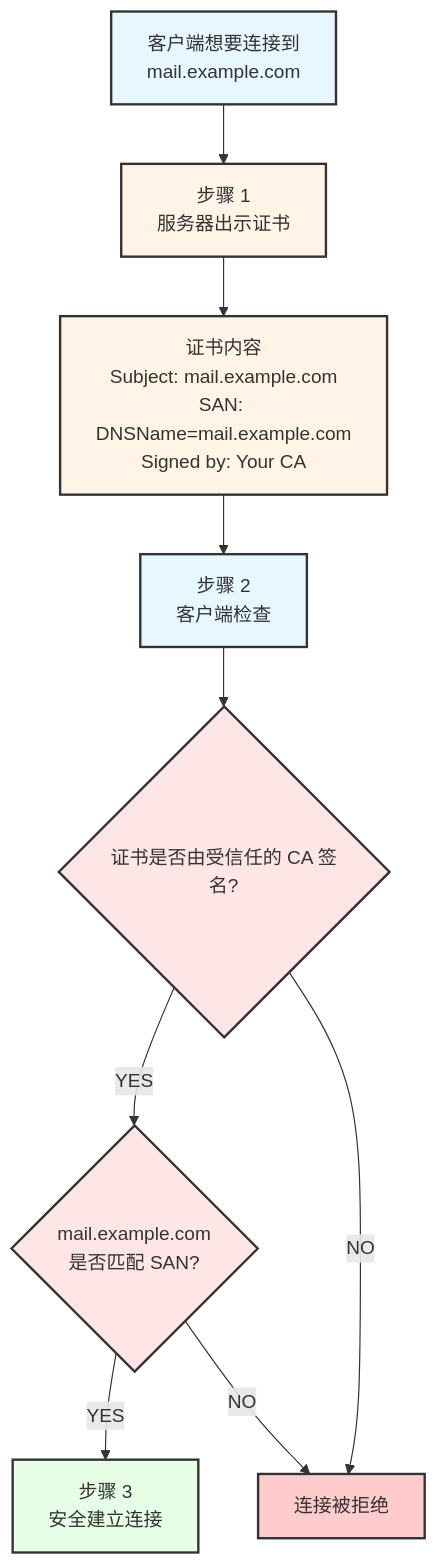
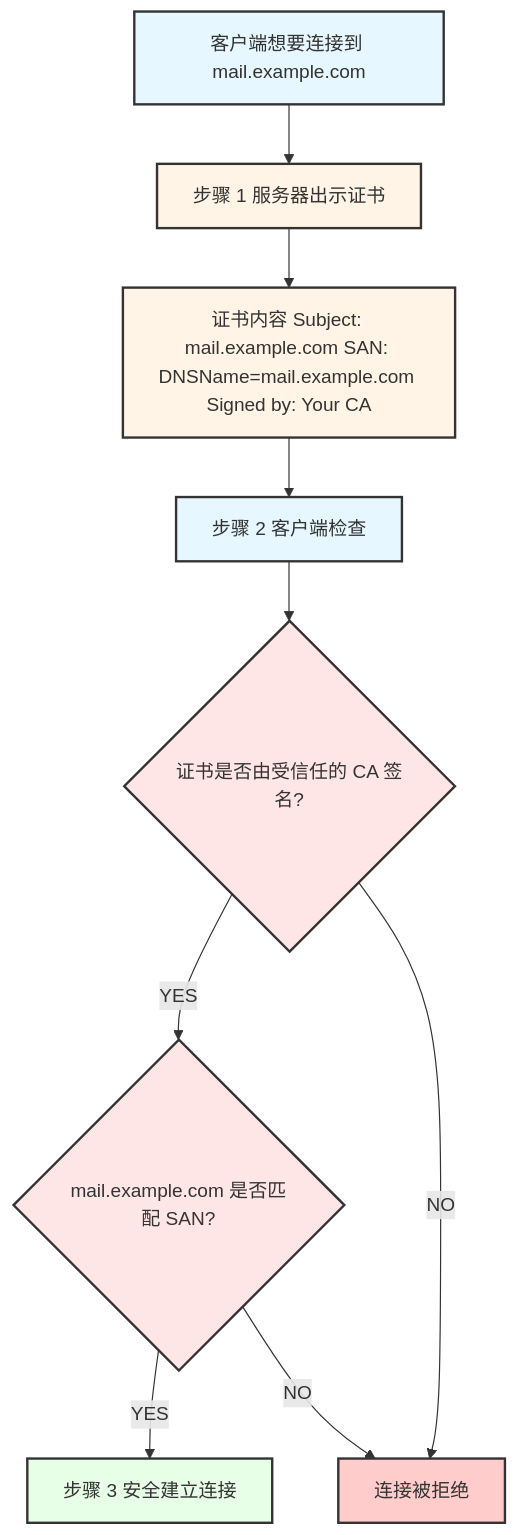
One commit to purpose168/smtp-tunnel-proxy changed the tenth of 12 diagrams in TECHNICAL.md. Above: the diagram before and after it, drawn with Mermaid. The commit also changed other lines of this file, not shown here.

First line of the commit message:
docs: 更新技术文档中的图表格式和内容

````diff
--- a/TECHNICAL.md
+++ b/TECHNICAL.md
@@ -458,20 +458,20 @@
 ```mermaid
 graph TD
-    A[客户端想要连接到<br/>mail.example.com] --> B[步骤 1<br/>服务器出示证书]
-    B --> C[证书内容<br/>Subject: mail.example.com<br/>SAN: DNSName=mail.example.com<br/>Signed by: Your CA]
-    C --> D[步骤 2<br/>客户端检查]
+    A["客户端想要连接到 mail.example.com"] --> B["步骤 1 服务器出示证书"]
+    B --> C["证书内容 Subject: mail.example.com SAN: DNSName=mail.example.com Signed by: Your CA"]
+    C --> D["步骤 2 客户端检查"]
     D --> E{证书是否由受信任的 CA 签名?}
-    E -->|YES| F{mail.example.com<br/>是否匹配 SAN?}
-    F -->|YES| G[步骤 3<br/>安全建立连接]
+    E -->|YES| F{"mail.example.com 是否匹配 SAN?"}
+    F -->|YES| G["步骤 3 安全建立连接"]
     E -->|NO| H[连接被拒绝]
     F -->|NO| H
 
     style A fill:#e6f7ff,stroke:#333,stroke-width:2px
     style B fill:#fff4e6,stroke:#333,stroke-width:2px
     style C fill:#fff4e6,stroke:#333,stroke-width:2px
     style D fill:#e6f7ff,stroke:#333,stroke-width:2px
     style E fill:#ffe6e6,stroke:#333,stroke-width:2px
     style F fill:#ffe6e6,stroke:#333,stroke-width:2px
     style G fill:#e6ffe6,stroke:#333,stroke-width:2px
     style H fill:#ffcccc,stroke:#333,stroke-width:2px
 ```
````
